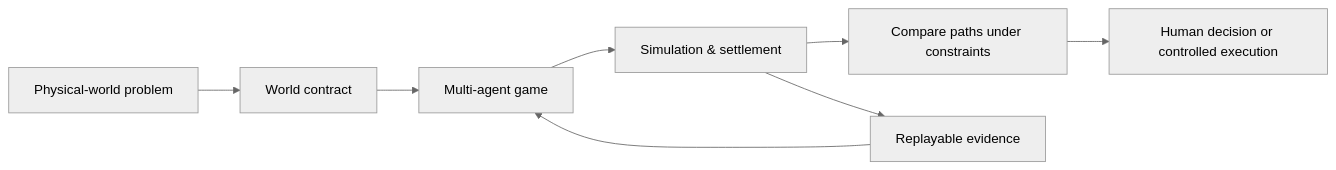
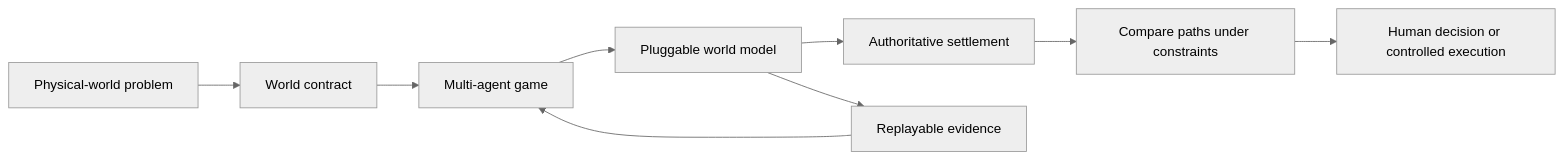
The first of 2 diagrams in README.md (tonyhyworld/TraceArena), drawn with Mermaid (neutral theme) before and after one commit. The commit also changed other lines of this file and 23 other files, not shown here.

Commit message:
feat: add pluggable world model architecture

````diff
--- a/README.md
+++ b/README.md
@@ -41,10 +44,11 @@
 ```mermaid
 flowchart LR
   P[Physical-world problem] --> C[World contract]
   C --> G[Multi-agent game]
-  G --> S[Simulation & settlement]
+  G --> W[Pluggable world model]
+  W --> S[Authoritative settlement]
   S --> X[Compare paths under constraints]
   X --> H[Human decision or controlled execution]
-  S --> R[Replayable evidence]
+  W --> R[Replayable evidence]
   R --> G
 ```
````
